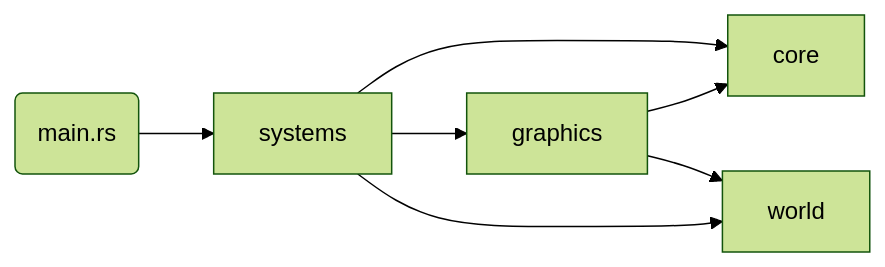
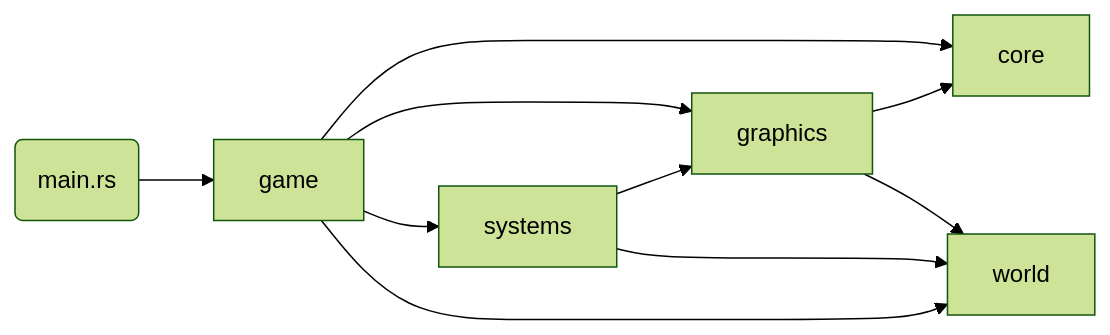
The diagram in README.md (tim-oster/voxel-rs), drawn with Mermaid (forest theme) before and after one commit. The commit also changed other lines of this file, not shown here.

````diff
--- a/README.md
+++ b/README.md
@@ -24,12 +5,12 @@
 ```mermaid
 flowchart LR
-    main(main.rs) --> systems
-    
+    main(main.rs) --> game
+    game --> core
+    game --> graphics
+    game --> systems
+    game --> world
     graphics --> core
-    
     graphics --> world
-    
-    systems --> core
     systems --> graphics
     systems --> world
 ```
````
